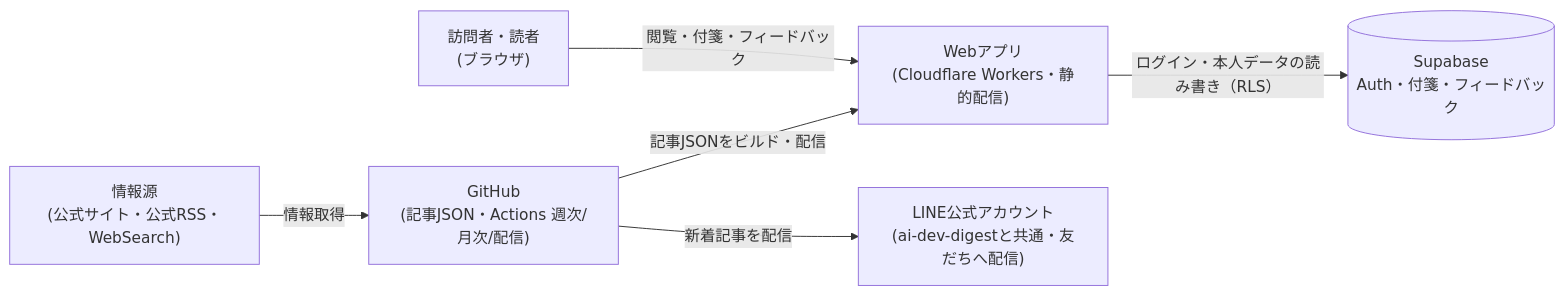
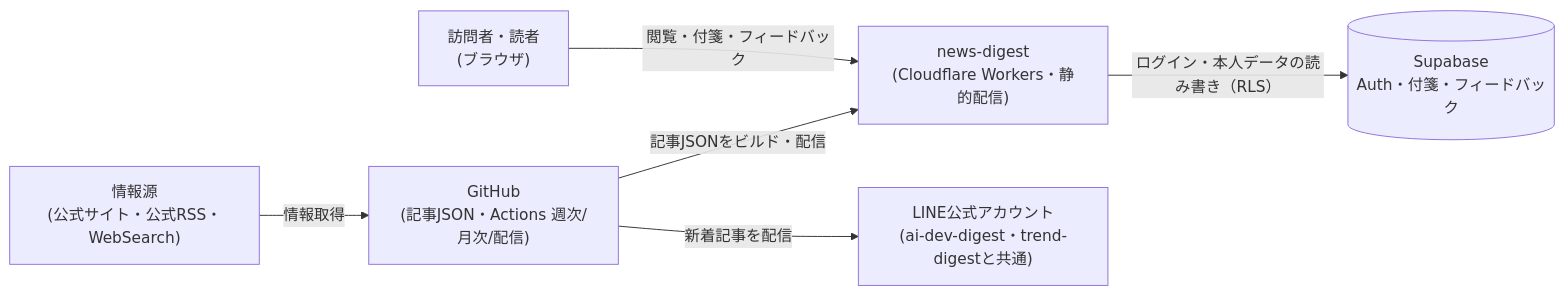
The first of 6 diagrams in specs/news-digest/architecture.md (zakiyama0108/benriyatool), drawn with Mermaid before and after one commit. The commit also changed other lines of this file, not shown here.

First line of the commit message:
fix(news-digest): architecture.mdのspec-review指摘を反映

````diff
--- a/specs/news-digest/architecture.md
+++ b/specs/news-digest/architecture.md
@@ -22,15 +23,15 @@
 ```mermaid
 flowchart LR
     readers["訪問者・読者<br>(ブラウザ)"]
-    webapp["Webアプリ<br>(Cloudflare Workers・静的配信)"]
+    webapp["news-digest<br>(Cloudflare Workers・静的配信)"]
     supabase[("Supabase<br>Auth・付箋・フィードバック")]
     github["GitHub<br>(記事JSON・Actions 週次/月次/配信)"]
     sources["情報源<br>(公式サイト・公式RSS・WebSearch)"]
-    line["LINE公式アカウント<br>(ai-dev-digestと共通・友だちへ配信)"]
+    line["LINE公式アカウント<br>(ai-dev-digest・trend-digestと共通)"]
 
     readers -->|閲覧・付箋・フィードバック| webapp
     webapp -->|ログイン・本人データの読み書き（RLS）| supabase
     github -->|記事JSONをビルド・配信| webapp
     sources -->|情報取得| github
     github -->|新着記事を配信| line
 ```
````
